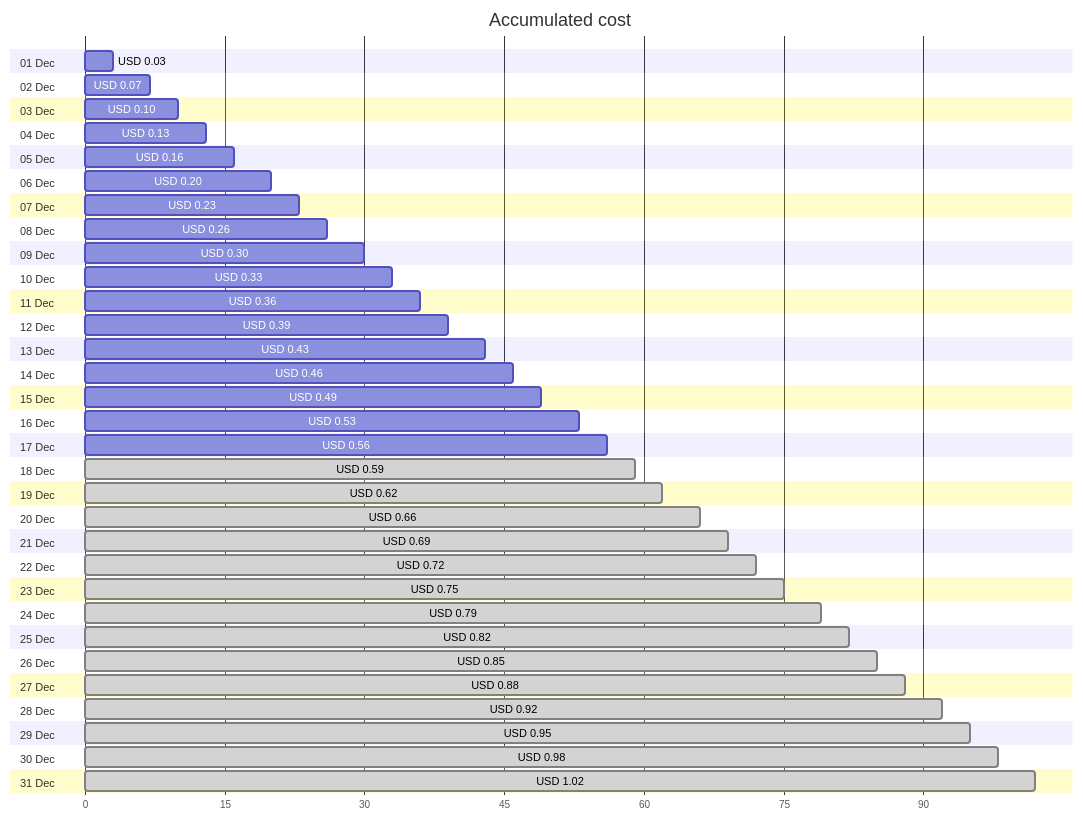
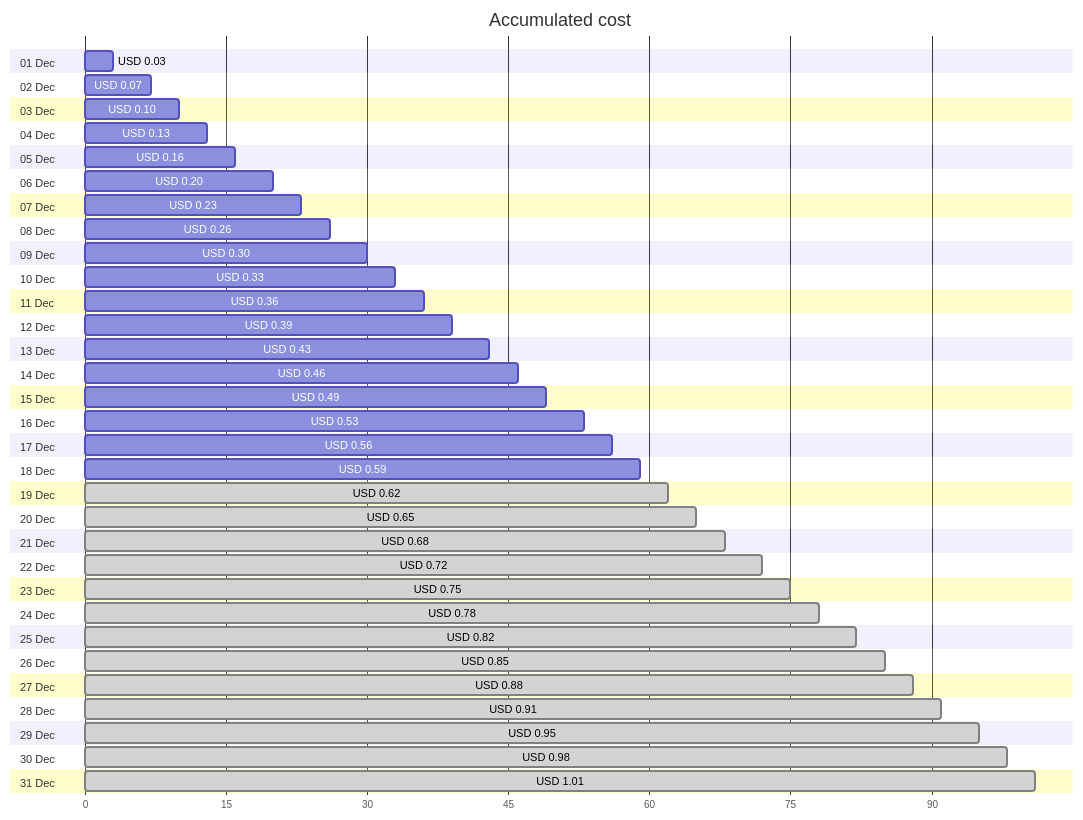
Before and after one commit to jpfulton/azure-personal-reports: the first of 4 diagrams in cost-reports/personal-dns/README.md, drawn with Mermaid. The commit also changed other lines of this file and 2 other files, not shown here.

````diff
--- a/cost-reports/personal-dns/README.md
+++ b/cost-reports/personal-dns/README.md
@@ -20,68 +20,68 @@
 ```mermaid
 gantt
    title Accumulated cost
    dateFormat  X
    axisFormat %s
    section 01 Dec
    USD 0.03 :0, 3
    section 02 Dec
    USD 0.07 :0, 7
    section 03 Dec
    USD 0.10 :0, 10
    section 04 Dec
    USD 0.13 :0, 13
    section 05 Dec
    USD 0.16 :0, 16
    section 06 Dec
    USD 0.20 :0, 20
    section 07 Dec
    USD 0.23 :0, 23
    section 08 Dec
    USD 0.26 :0, 26
    section 09 Dec
    USD 0.30 :0, 30
    section 10 Dec
    USD 0.33 :0, 33
    section 11 Dec
    USD 0.36 :0, 36
    section 12 Dec
    USD 0.39 :0, 39
    section 13 Dec
    USD 0.43 :0, 43
    section 14 Dec
    USD 0.46 :0, 46
    section 15 Dec
    USD 0.49 :0, 49
    section 16 Dec
    USD 0.53 :0, 53
    section 17 Dec
    USD 0.56 :0, 56
    section 18 Dec
-   USD 0.59 : done, 0, 59
+   USD 0.59 :0, 59
    section 19 Dec
    USD 0.62 : done, 0, 62
    section 20 Dec
-   USD 0.66 : done, 0, 66
+   USD 0.65 : done, 0, 65
    section 21 Dec
-   USD 0.69 : done, 0, 69
+   USD 0.68 : done, 0, 68
    section 22 Dec
    USD 0.72 : done, 0, 72
    section 23 Dec
    USD 0.75 : done, 0, 75
    section 24 Dec
-   USD 0.79 : done, 0, 79
+   USD 0.78 : done, 0, 78
    section 25 Dec
    USD 0.82 : done, 0, 82
    section 26 Dec
    USD 0.85 : done, 0, 85
    section 27 Dec
    USD 0.88 : done, 0, 88
    section 28 Dec
-   USD 0.92 : done, 0, 92
+   USD 0.91 : done, 0, 91
    section 29 Dec
    USD 0.95 : done, 0, 95
    section 30 Dec
    USD 0.98 : done, 0, 98
    section 31 Dec
-   USD 1.02 : done, 0, 102
+   USD 1.01 : done, 0, 101
 ```
````
